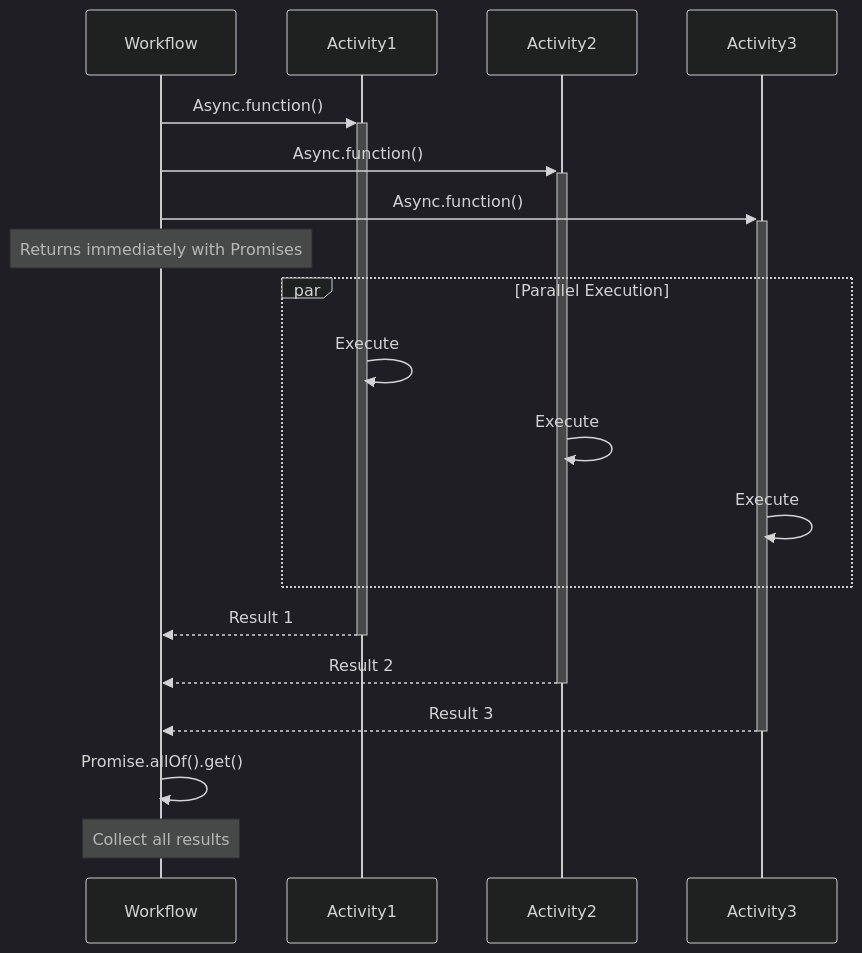
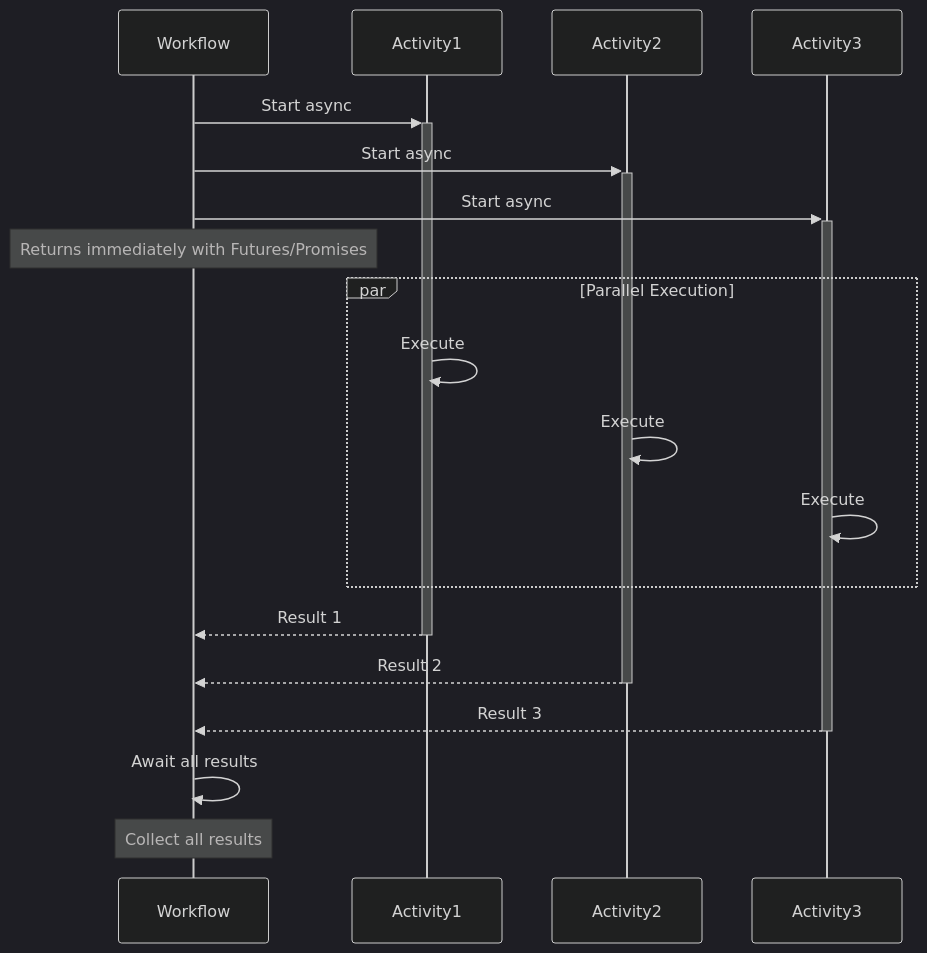
The diagram in docs/parallel-execution.md (taonic/temporal-design-patterns), drawn with Mermaid (dark theme) before and after one commit. The commit also changed other lines of this file and 16 other files, not shown here.

````diff
--- a/docs/parallel-execution.md
+++ b/docs/parallel-execution.md
@@ -22,25 +25,25 @@
 ```mermaid
 sequenceDiagram
     participant Workflow
     participant Activity1
     participant Activity2
     participant Activity3
 
-    Workflow->>+Activity1: Async.function()
-    Workflow->>+Activity2: Async.function()
-    Workflow->>+Activity3: Async.function()
-    Note over Workflow: Returns immediately with Promises
-    
+    Workflow->>+Activity1: Start async
+    Workflow->>+Activity2: Start async
+    Workflow->>+Activity3: Start async
+    Note over Workflow: Returns immediately with Futures/Promises
+
     par Parallel Execution
         Activity1->>Activity1: Execute
         Activity2->>Activity2: Execute
         Activity3->>Activity3: Execute
     end
-    
+
     Activity1-->>-Workflow: Result 1
     Activity2-->>-Workflow: Result 2
     Activity3-->>-Workflow: Result 3
-    
-    Workflow->>Workflow: Promise.allOf().get()
+
+    Workflow->>Workflow: Await all results
     Note over Workflow: Collect all results
 ```
````
